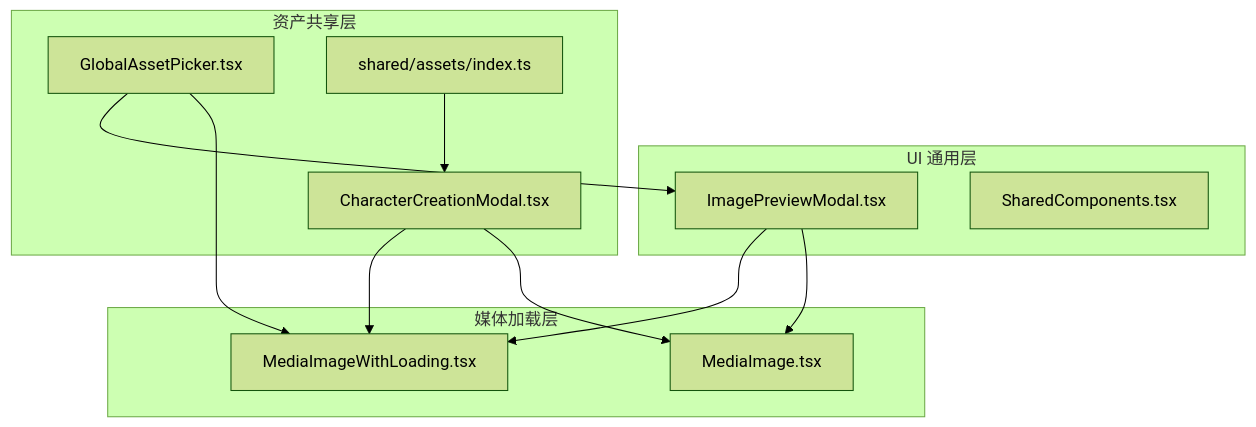
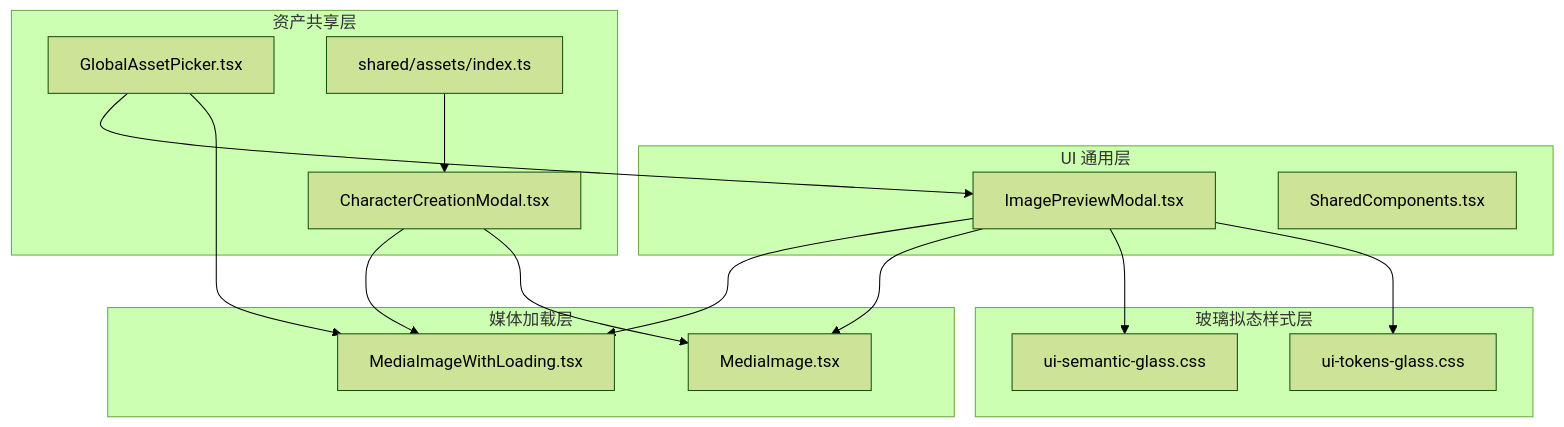
The first of 7 diagrams in .qoder/repowiki/zh/content/前端组件架构/UI组件库/共享组件.md (lyl2021/waoowaoo), drawn with Mermaid (forest theme) before and after one commit. The commit also changed other lines of this file and 20 other files, not shown here.

````diff
--- a/.qoder/repowiki/zh/content/前端组件架构/UI组件库/共享组件.md
+++ b/.qoder/repowiki/zh/content/前端组件架构/UI组件库/共享组件.md
@@ -38,23 +47,29 @@
 ```mermaid
 graph TB
 subgraph "UI 通用层"
 IPM["ImagePreviewModal.tsx"]
 SC["SharedComponents.tsx"]
 end
 subgraph "媒体加载层"
 MI["MediaImage.tsx"]
 MIL["MediaImageWithLoading.tsx"]
 end
 subgraph "资产共享层"
 GAP["GlobalAssetPicker.tsx"]
 CCM["CharacterCreationModal.tsx"]
 IDX["shared/assets/index.ts"]
 end
+subgraph "玻璃拟态样式层"
+USG["ui-semantic-glass.css"]
+UTG["ui-tokens-glass.css"]
+end
 GAP --> IPM
 GAP --> MIL
 IPM --> MIL
 IPM --> MI
+IPM --> USG
+IPM --> UTG
 CCM --> MIL
 CCM --> MI
 IDX --> CCM
 ```
````
